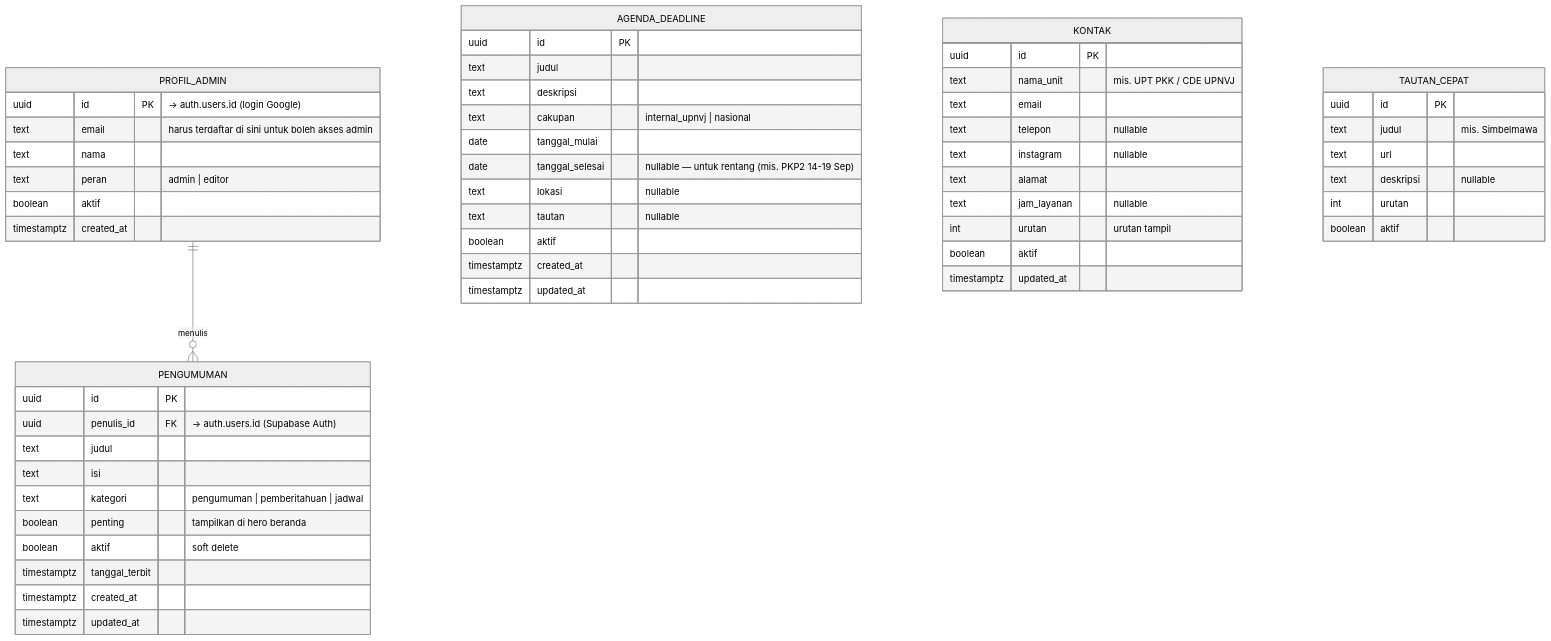
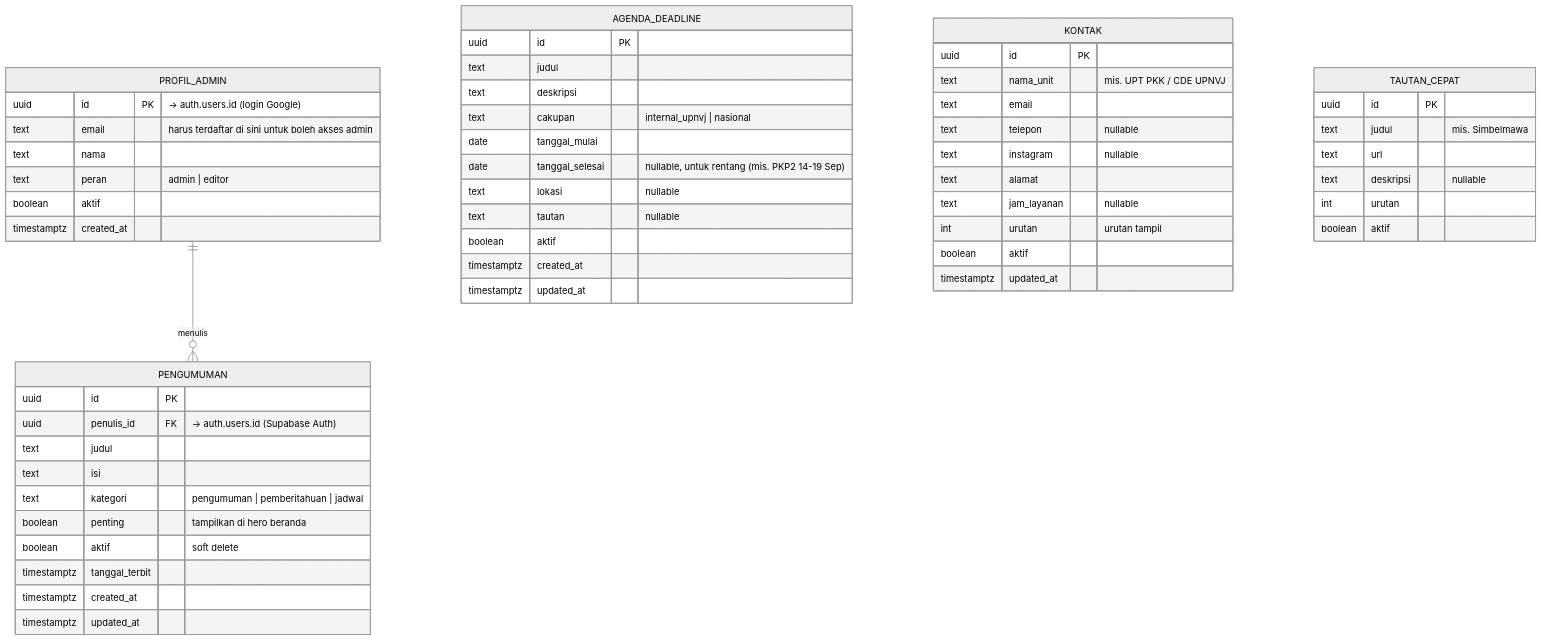
The diagram in docs/ERD.md (rzayyanr/pkm-upnvj), drawn with Mermaid (neutral theme) before and after one commit. The commit also changed other lines of this file and 34 other files, not shown here.

````diff
--- a/docs/ERD.md
+++ b/docs/ERD.md
@@ -10,57 +10,57 @@
 ```mermaid
 erDiagram
     PROFIL_ADMIN ||--o{ PENGUMUMAN : "menulis"
     PENGUMUMAN {
         uuid id PK
         uuid penulis_id FK "→ auth.users.id (Supabase Auth)"
         text judul
         text isi
         text kategori "pengumuman | pemberitahuan | jadwal"
         boolean penting "tampilkan di hero beranda"
         boolean aktif "soft delete"
         timestamptz tanggal_terbit
         timestamptz created_at
         timestamptz updated_at
     }
     AGENDA_DEADLINE {
         uuid id PK
         text judul
         text deskripsi
         text cakupan "internal_upnvj | nasional"
         date tanggal_mulai
-        date tanggal_selesai "nullable — untuk rentang (mis. PKP2 14-19 Sep)"
+        date tanggal_selesai "nullable, untuk rentang (mis. PKP2 14-19 Sep)"
         text lokasi "nullable"
         text tautan "nullable"
         boolean aktif
         timestamptz created_at
         timestamptz updated_at
     }
     KONTAK {
         uuid id PK
         text nama_unit "mis. UPT PKK / CDE UPNVJ"
         text email
         text telepon "nullable"
         text instagram "nullable"
         text alamat
         text jam_layanan "nullable"
         int urutan "urutan tampil"
         boolean aktif
         timestamptz updated_at
     }
     PROFIL_ADMIN {
         uuid id PK "→ auth.users.id (login Google)"
         text email "harus terdaftar di sini untuk boleh akses admin"
         text nama
         text peran "admin | editor"
         boolean aktif
         timestamptz created_at
     }
     TAUTAN_CEPAT {
         uuid id PK
         text judul "mis. Simbelmawa"
         text url
         text deskripsi "nullable"
         int urutan
         boolean aktif
     }
 ```
````
